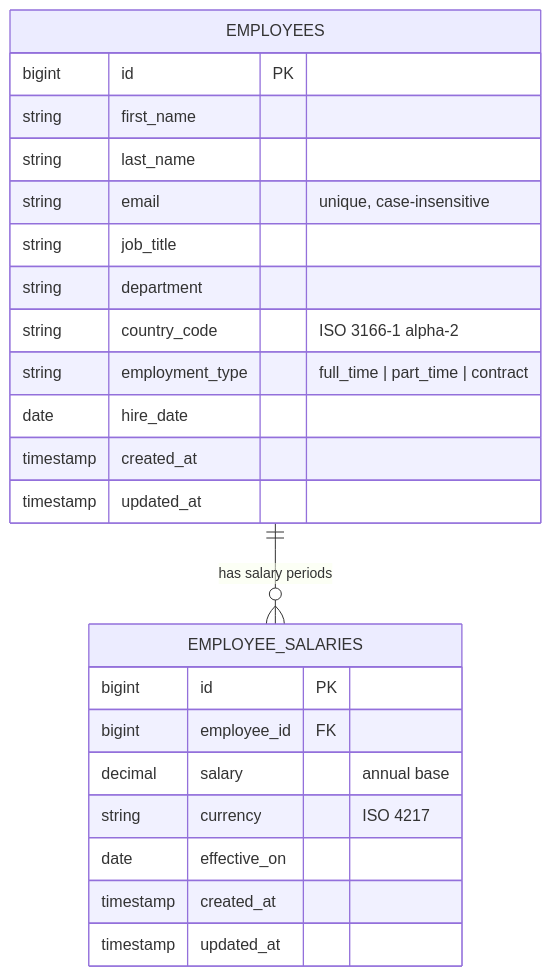
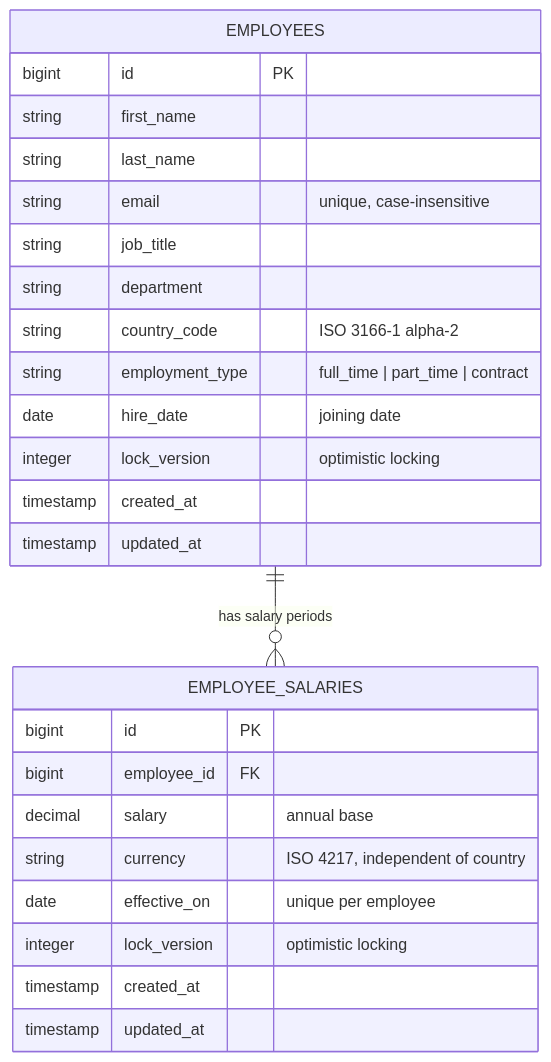
One commit to 100rabhg/Salary-Management changed the second of 2 diagrams in docs/architecture.md. Above: the diagram before and after it, drawn with Mermaid. The commit also changed other lines of this file and 6 other files, not shown here.

````diff
--- a/docs/architecture.md
+++ b/docs/architecture.md
@@ -38,26 +38,28 @@
 ```mermaid
 erDiagram
   EMPLOYEES {
     bigint id PK
     string first_name
     string last_name
     string email "unique, case-insensitive"
     string job_title
     string department
     string country_code "ISO 3166-1 alpha-2"
     string employment_type "full_time | part_time | contract"
-    date hire_date
+    date hire_date "joining date"
+    integer lock_version "optimistic locking"
     timestamp created_at
     timestamp updated_at
   }
   EMPLOYEE_SALARIES {
     bigint id PK
     bigint employee_id FK
     decimal salary "annual base"
-    string currency "ISO 4217"
-    date effective_on
+    string currency "ISO 4217, independent of country"
+    date effective_on "unique per employee"
+    integer lock_version "optimistic locking"
     timestamp created_at
     timestamp updated_at
   }
   EMPLOYEES ||--o{ EMPLOYEE_SALARIES : "has salary periods"
 ```
````
